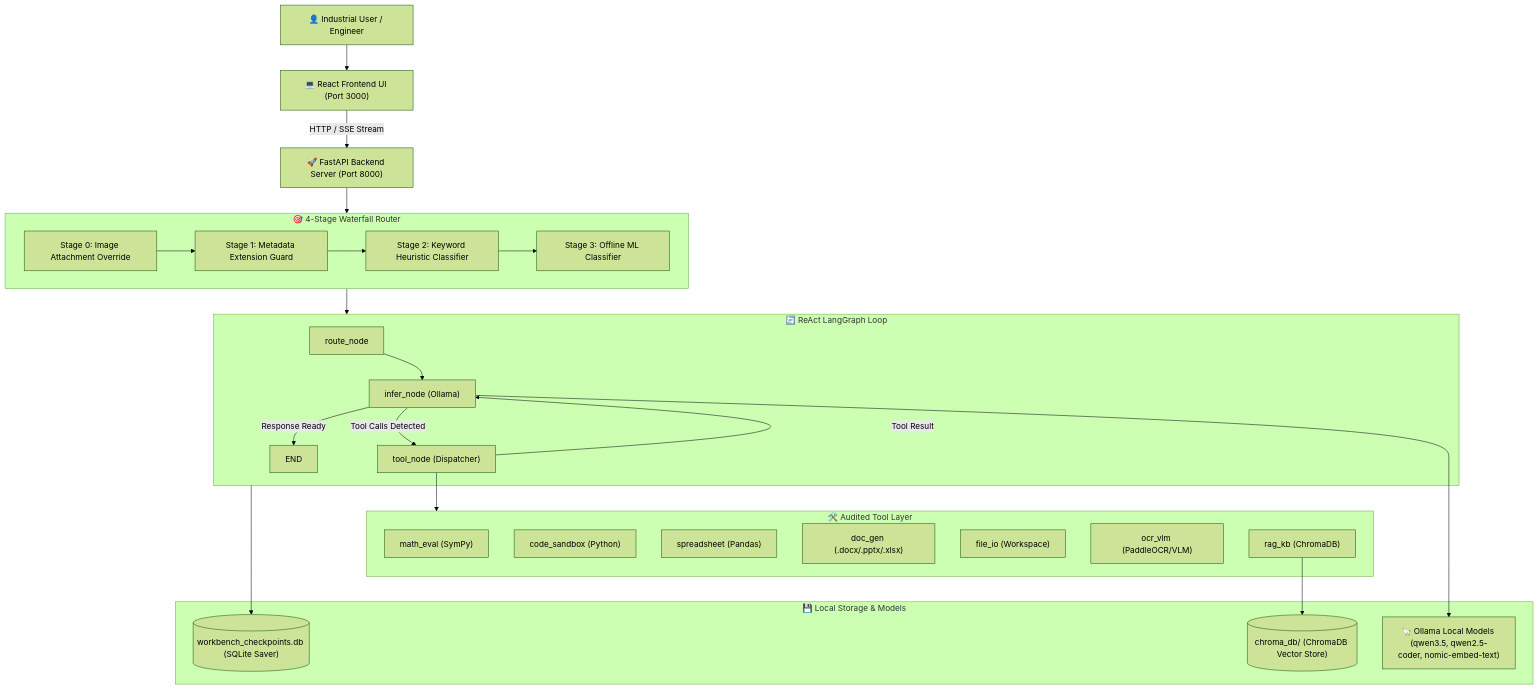
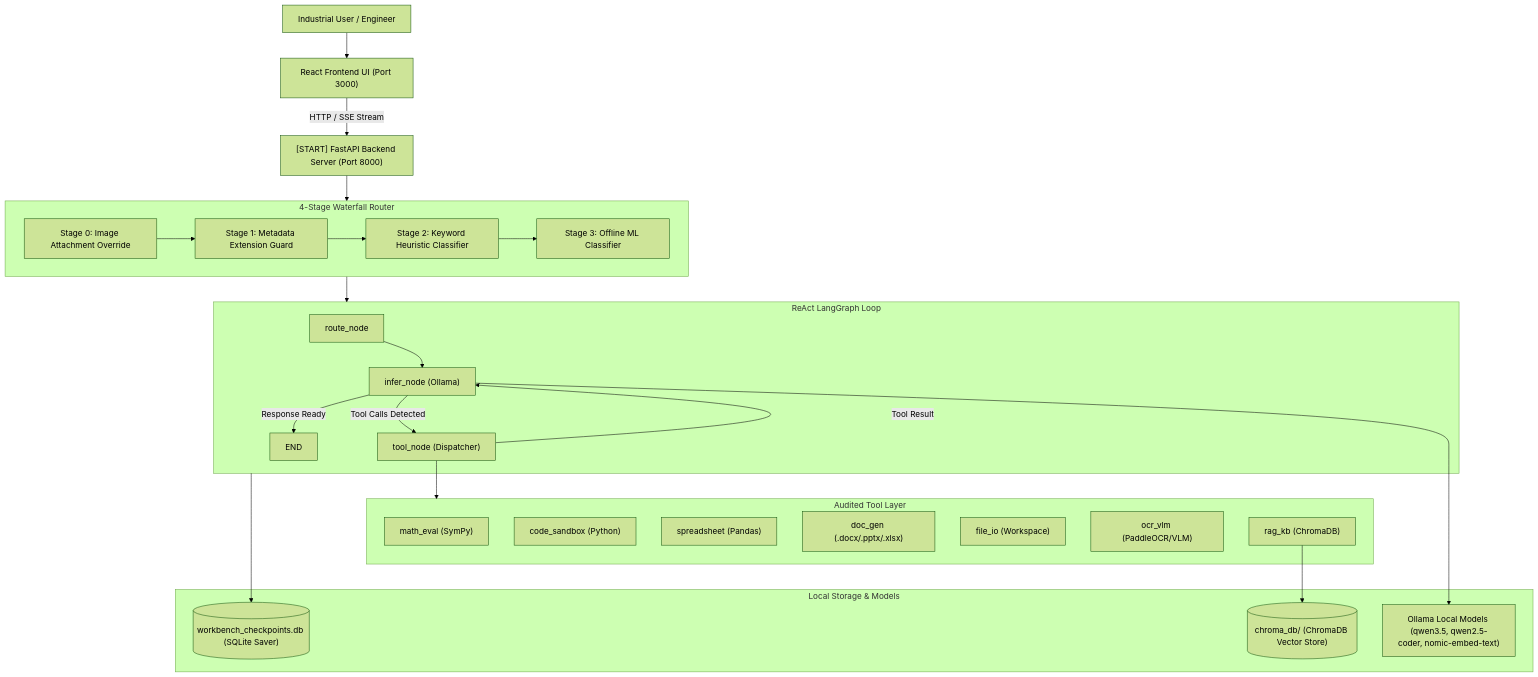
The diagram in README.md (sathwik-anumandla/sovereign-agent), drawn with Mermaid (forest theme) before and after one commit. The commit also changed other lines of this file and 31 other files, not shown here.

Commit message:
refactor: clean codebase architecture and organize scripts/tests/docs

````diff
--- a/README.md
+++ b/README.md
@@ -26,46 +31,46 @@
 ```mermaid
 flowchart TD
-    User["👤 Industrial User / Engineer"] --> UI["💻 React Frontend UI (Port 3000)"]
-    UI -->|HTTP / SSE Stream| Server["🚀 FastAPI Backend Server (Port 8000)"]
+    User[" Industrial User / Engineer"] --> UI[" React Frontend UI (Port 3000)"]
+    UI -->|HTTP / SSE Stream| Server["[START] FastAPI Backend Server (Port 8000)"]
     
-    subgraph Router ["🎯 4-Stage Waterfall Router"]
+    subgraph Router [" 4-Stage Waterfall Router"]
         S0["Stage 0: Image Attachment Override"]
         S1["Stage 1: Metadata Extension Guard"]
         S2["Stage 2: Keyword Heuristic Classifier"]
         S3["Stage 3: Offline ML Classifier"]
         S0 --> S1 --> S2 --> S3
     end
     
     Server --> Router
     
-    subgraph ReAct ["🔄 ReAct LangGraph Loop"]
+    subgraph ReAct [" ReAct LangGraph Loop"]
         RouteNode["route_node"] --> InferNode["infer_node (Ollama)"]
         InferNode -->|Tool Calls Detected| ToolNode["tool_node (Dispatcher)"]
         ToolNode -->|Tool Result| InferNode
         InferNode -->|Response Ready| EndNode["END"]
     end
     
     Router --> ReAct
     
-    subgraph Tools ["🛠️ Audited Tool Layer"]
+    subgraph Tools [" Audited Tool Layer"]
         T1["math_eval (SymPy)"]
         T2["code_sandbox (Python)"]
         T3["spreadsheet (Pandas)"]
         T4["doc_gen (.docx/.pptx/.xlsx)"]
         T5["file_io (Workspace)"]
         T6["ocr_vlm (PaddleOCR/VLM)"]
         T7["rag_kb (ChromaDB)"]
     end
     
     ToolNode --> Tools
     
-    subgraph Storage ["💾 Local Storage & Models"]
+    subgraph Storage [" Local Storage & Models"]
         DB[("workbench_checkpoints.db (SQLite Saver)")]
         KB[("chroma_db/ (ChromaDB Vector Store)")]
-        Ollama["🦙 Ollama Local Models (qwen3.5, qwen2.5-coder, nomic-embed-text)"]
+        Ollama[" Ollama Local Models (qwen3.5, qwen2.5-coder, nomic-embed-text)"]
     end
     
     ReAct --> DB
     T7 --> KB
     InferNode --> Ollama
 ```
````
